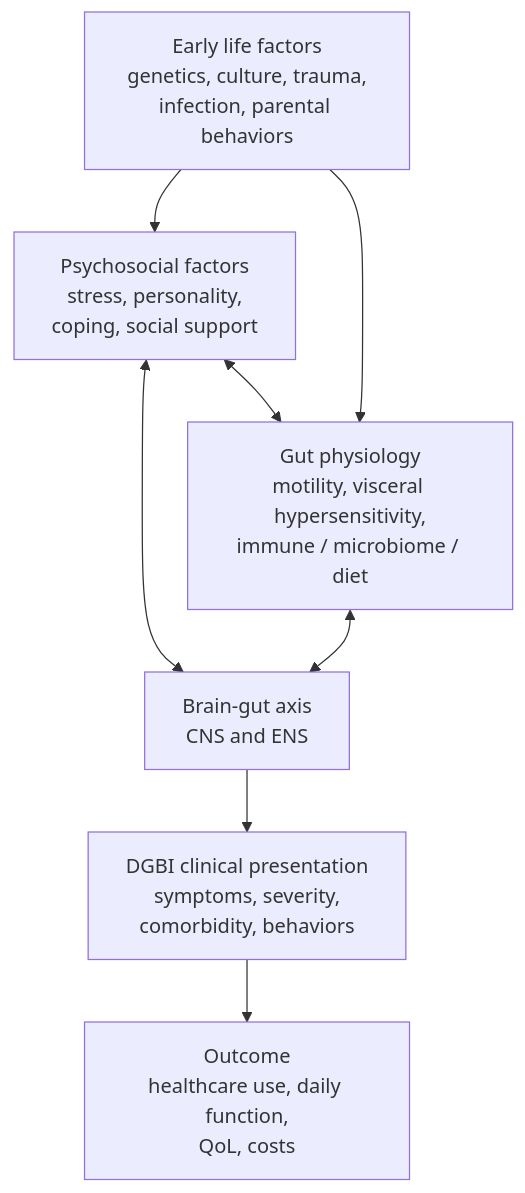
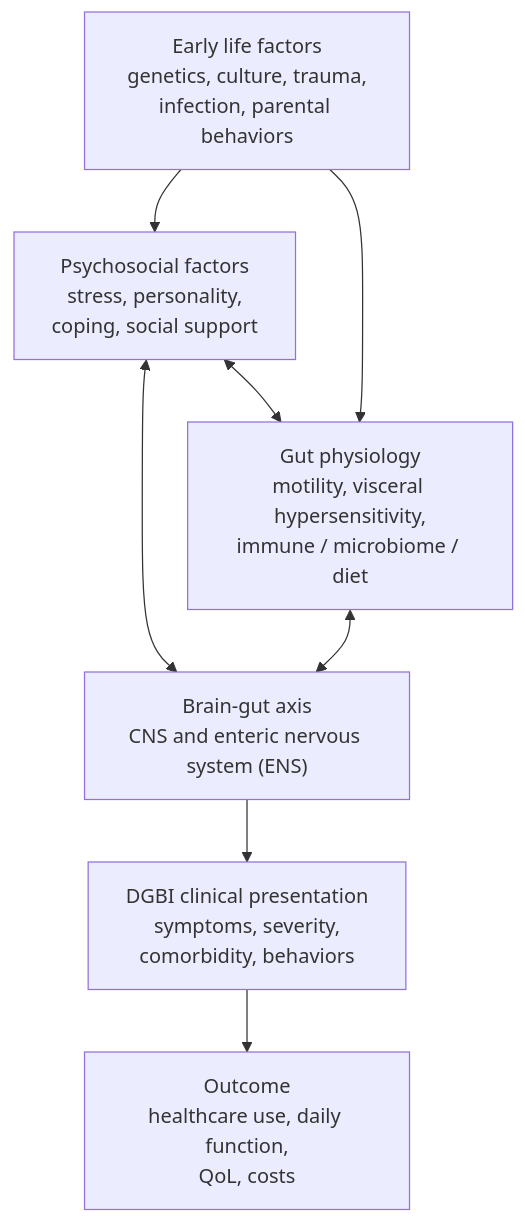
One commit to KHNickLeMD/KHNL-GI-Wiki changed the diagram in KHNL-GI-Wiki/wiki/7-concepts/disorders-of-gut-brain-interaction.md. Above: the diagram before and after it, drawn with Mermaid. The commit also changed other lines of this file and 620 other files, not shown here.

````diff
--- a/KHNL-GI-Wiki/wiki/7-concepts/disorders-of-gut-brain-interaction.md
+++ b/KHNL-GI-Wiki/wiki/7-concepts/disorders-of-gut-brain-interaction.md
@@ -96,10 +96,10 @@
 ```mermaid
 flowchart TD
     A["Early life factors<br/>genetics, culture, trauma,<br/>infection, parental behaviors"] --> B["Psychosocial factors<br/>stress, personality,<br/>coping, social support"]
     A --> C["Gut physiology<br/>motility, visceral hypersensitivity,<br/>immune / microbiome / diet"]
-    B <--> D["Brain-gut axis<br/>CNS and ENS"]
+    B <--> D["Brain-gut axis<br/>CNS and enteric nervous system (ENS)"]
     C <--> D
     B <--> C
     D --> E["DGBI clinical presentation<br/>symptoms, severity,<br/>comorbidity, behaviors"]
     E --> F["Outcome<br/>healthcare use, daily function,<br/>QoL, costs"]
 ```
````
